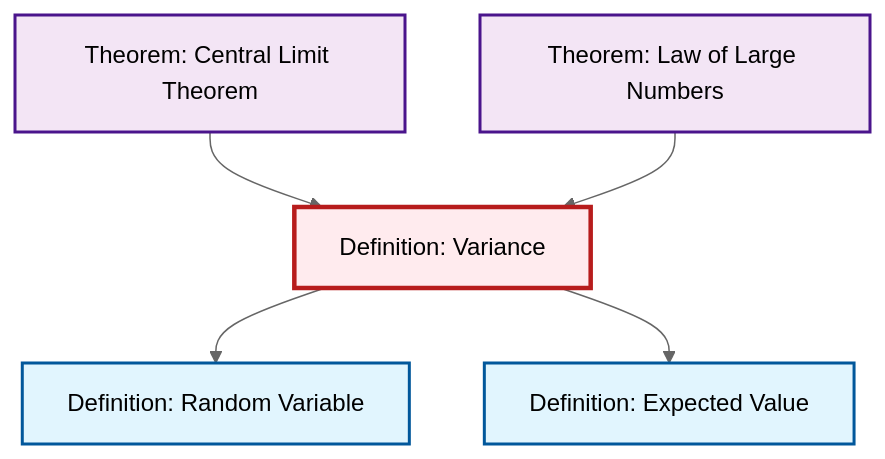
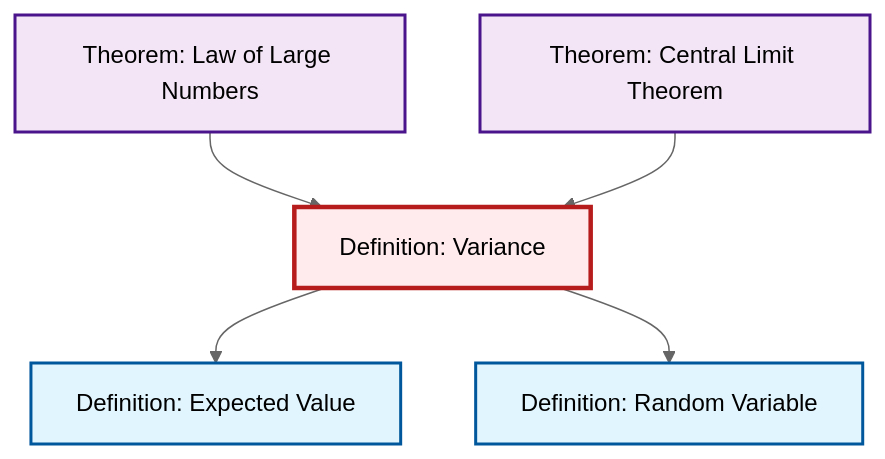
One commit to RK0429/ModernMath changed the second of 2 diagrams in content/en/probability-statistics/def-variance.qmd. Above: the diagram before and after it, drawn with Mermaid (neutral theme). The commit also changed other lines of this file and 597 other files, not shown here.

````diff
--- a/content/en/probability-statistics/def-variance.qmd
+++ b/content/en/probability-statistics/def-variance.qmd
@@ -101,23 +101,23 @@
 ```{mermaid}
 %%| fig-cap: "Local dependency graph"
 graph TD
     classDef definition fill:#e1f5fe,stroke:#01579b,stroke-width:2px
     classDef theorem fill:#f3e5f5,stroke:#4a148c,stroke-width:2px
     classDef axiom fill:#fff3e0,stroke:#e65100,stroke-width:2px
     classDef example fill:#e8f5e9,stroke:#1b5e20,stroke-width:2px
     classDef current fill:#ffebee,stroke:#b71c1c,stroke-width:3px
-    thm-central-limit["Theorem: Central Limit Theorem"]:::theorem
+    thm-law-of-large-numbers["Theorem: Law of Large Numbers"]:::theorem
     def-variance["Definition: Variance"]:::definition
     def-expectation["Definition: Expected Value"]:::definition
-    thm-law-of-large-numbers["Theorem: Law of Large Numbers"]:::theorem
     def-random-variable["Definition: Random Variable"]:::definition
+    thm-central-limit["Theorem: Central Limit Theorem"]:::theorem
+    def-variance --> def-expectation
+    thm-law-of-large-numbers --> def-variance
     def-variance --> def-random-variable
-    def-variance --> def-expectation
     thm-central-limit --> def-variance
-    thm-law-of-large-numbers --> def-variance
     class def-variance current
+    click thm-law-of-large-numbers "thm-law-of-large-numbers.html" "Go to Law of Large Numbers theorem"
+    click def-expectation "def-expectation.html" "Go to Expected Value definition"
+    click def-random-variable "def-random-variable.html" "Go to Random Variable definition"
     click thm-central-limit "thm-central-limit.html" "Go to Central Limit Theorem theorem"
-    click def-expectation "def-expectation.html" "Go to Expected Value definition"
-    click thm-law-of-large-numbers "thm-law-of-large-numbers.html" "Go to Law of Large Numbers theorem"
-    click def-random-variable "def-random-variable.html" "Go to Random Variable definition"
 ```
````
